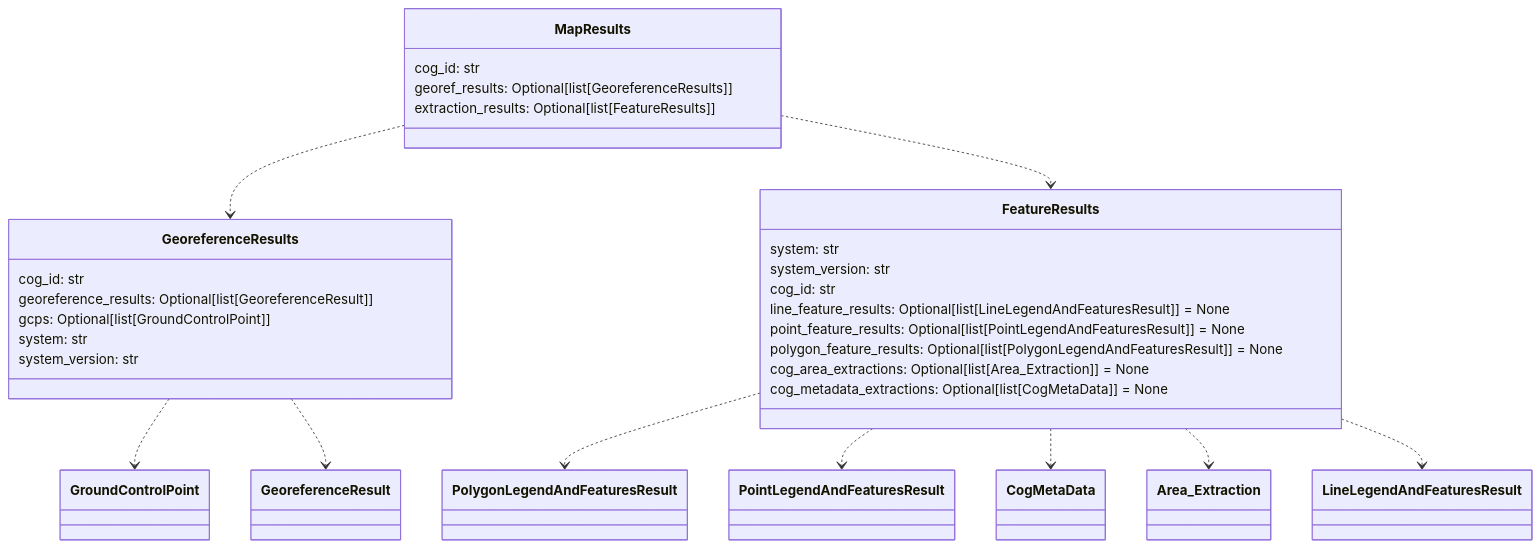
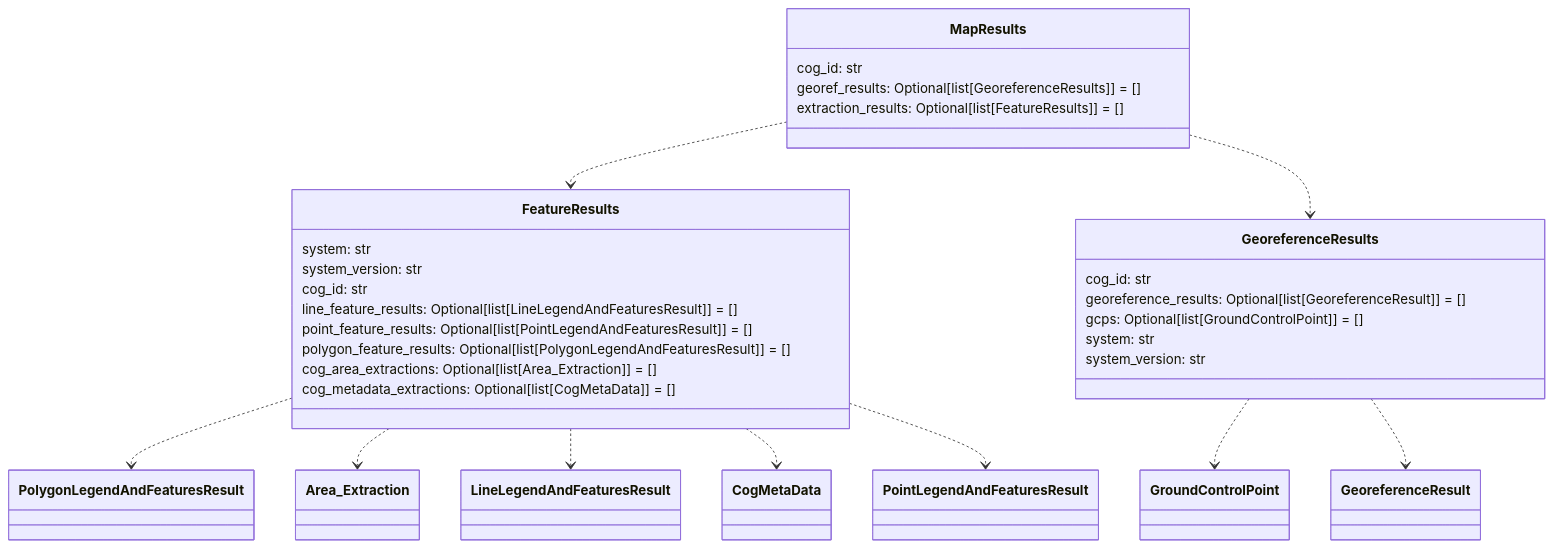
Before and after one commit to DARPA-CRITICALMAAS/cdr_schemas: diagram 11 of 12 in README.md, drawn with Mermaid. The commit also changed other lines of this file and 15 other files, not shown here.

````diff
--- a/README.md
+++ b/README.md
@@ -905,40 +905,40 @@
 ```mermaid
 classDiagram
 
     class MapResults {
         cog_id: str
-        georef_results: Optional[list[GeoreferenceResults]]
-        extraction_results: Optional[list[FeatureResults]]
-    }
-
-    class GeoreferenceResults {
-        cog_id: str
-        georeference_results: Optional[list[GeoreferenceResult]]
-        gcps: Optional[list[GroundControlPoint]]
-        system: str
-        system_version: str
+        georef_results: Optional[list[GeoreferenceResults]] = []
+        extraction_results: Optional[list[FeatureResults]] = []
     }
 
     class FeatureResults {
         system: str
         system_version: str
         cog_id: str
-        line_feature_results: Optional[list[LineLegendAndFeaturesResult]] = None
-        point_feature_results: Optional[list[PointLegendAndFeaturesResult]] = None
-        polygon_feature_results: Optional[list[PolygonLegendAndFeaturesResult]] = None
-        cog_area_extractions: Optional[list[Area_Extraction]] = None
-        cog_metadata_extractions: Optional[list[CogMetaData]] = None
+        line_feature_results: Optional[list[LineLegendAndFeaturesResult]] = []
+        point_feature_results: Optional[list[PointLegendAndFeaturesResult]] = []
+        polygon_feature_results: Optional[list[PolygonLegendAndFeaturesResult]] = []
+        cog_area_extractions: Optional[list[Area_Extraction]] = []
+        cog_metadata_extractions: Optional[list[CogMetaData]] = []
+    }
+
+    class GeoreferenceResults {
+        cog_id: str
+        georeference_results: Optional[list[GeoreferenceResult]] = []
+        gcps: Optional[list[GroundControlPoint]] = []
+        system: str
+        system_version: str
     }
 
     FeatureResults ..> PolygonLegendAndFeaturesResult
-    FeatureResults ..> PointLegendAndFeaturesResult
-    FeatureResults ..> CogMetaData
     FeatureResults ..> Area_Extraction
     FeatureResults ..> LineLegendAndFeaturesResult
+    FeatureResults ..> CogMetaData
+    FeatureResults ..> PointLegendAndFeaturesResult
     GeoreferenceResults ..> GroundControlPoint
     GeoreferenceResults ..> GeoreferenceResult
+    MapResults ..> FeatureResults
     MapResults ..> GeoreferenceResults
-    MapResults ..> FeatureResults
 
 
 ```
````
